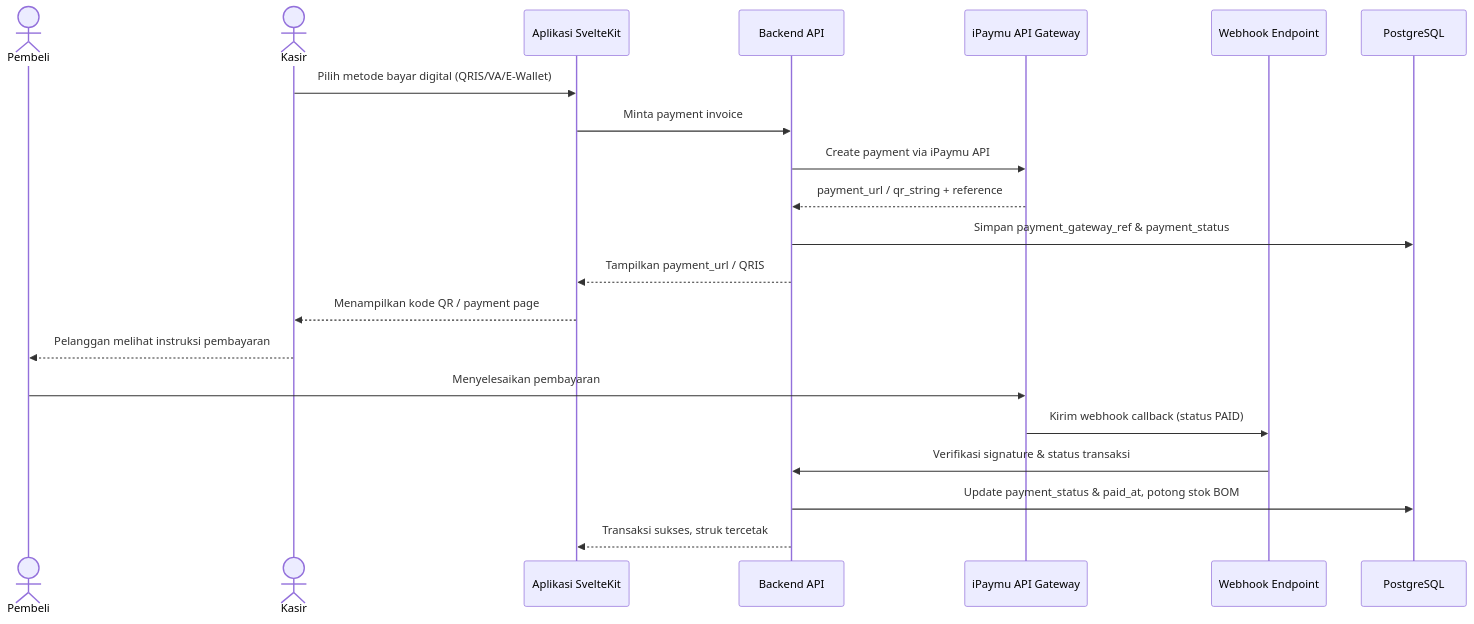
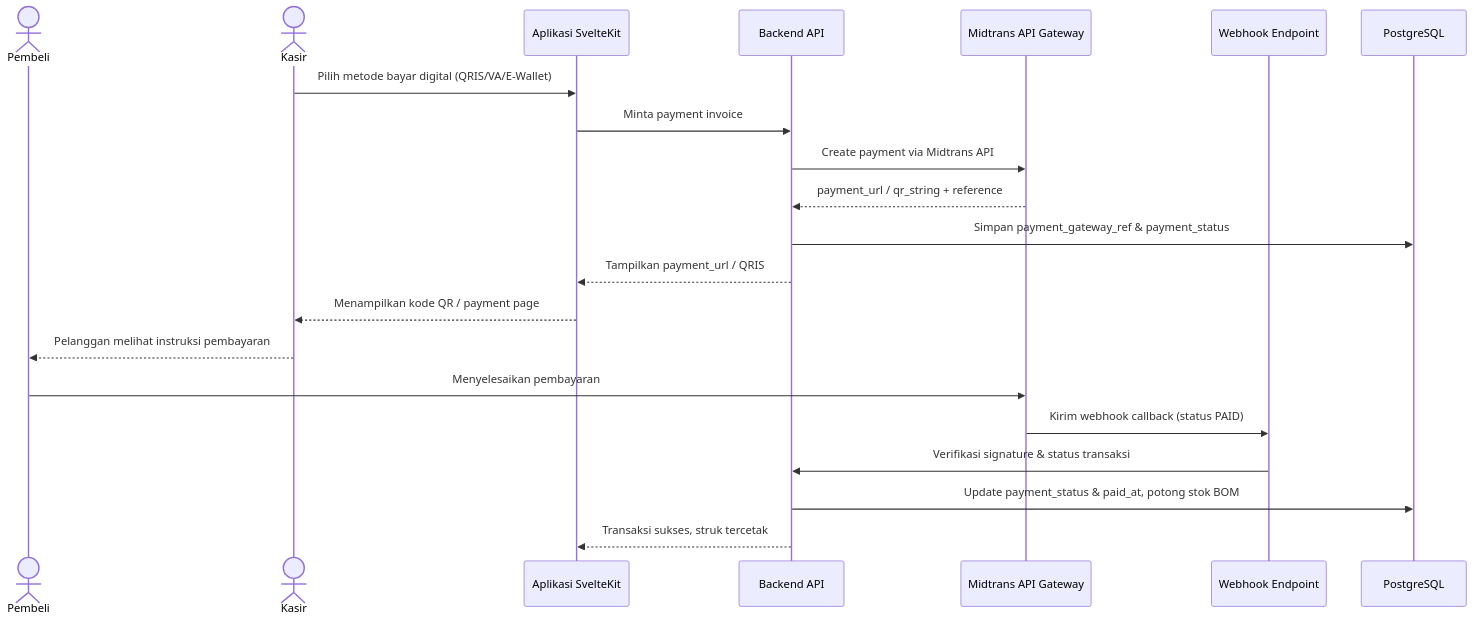
Before and after one commit to veroagrisand/posspace: the second of 3 diagrams in posspace-PRD.md, drawn with Mermaid. The commit also changed other lines of this file and 31 other files, not shown here.

````diff
--- a/posspace-PRD.md
+++ b/posspace-PRD.md
@@ -174,24 +174,24 @@
 ```mermaid
 sequenceDiagram
     actor Pembeli as Pembeli
     actor Kasir as Kasir
     participant App as Aplikasi SvelteKit
     participant API as Backend API
-    participant DG as iPaymu API Gateway
+    participant DG as Midtrans API Gateway
     participant WP as Webhook Endpoint
     participant DB as PostgreSQL
 
     Kasir->>App: Pilih metode bayar digital (QRIS/VA/E-Wallet)
     App->>API: Minta payment invoice
-    API->>DG: Create payment via iPaymu API
+    API->>DG: Create payment via Midtrans API
     DG-->>API: payment_url / qr_string + reference
     API->>DB: Simpan payment_gateway_ref & payment_status
     API-->>App: Tampilkan payment_url / QRIS
     App-->>Kasir: Menampilkan kode QR / payment page
     Kasir-->>Pembeli: Pelanggan melihat instruksi pembayaran
     Pembeli->>DG: Menyelesaikan pembayaran
     DG->>WP: Kirim webhook callback (status PAID)
     WP->>API: Verifikasi signature & status transaksi
     API->>DB: Update payment_status & paid_at, potong stok BOM
     API-->>App: Transaksi sukses, struk tercetak
 ```
````
